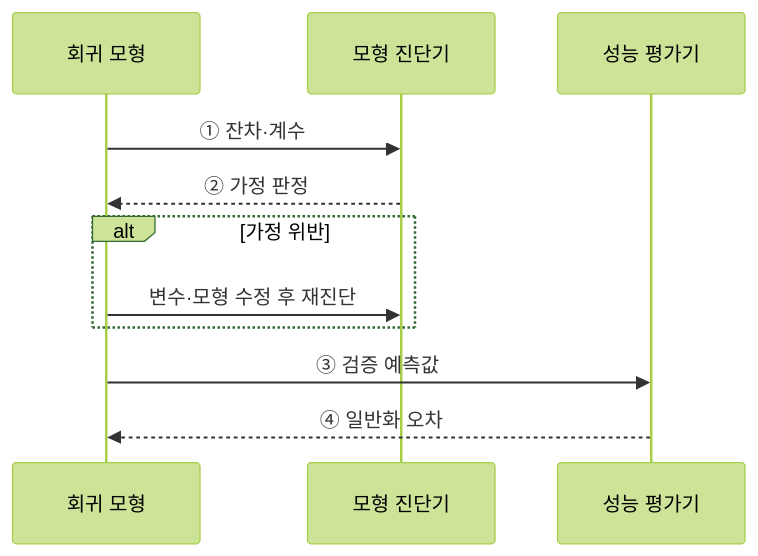
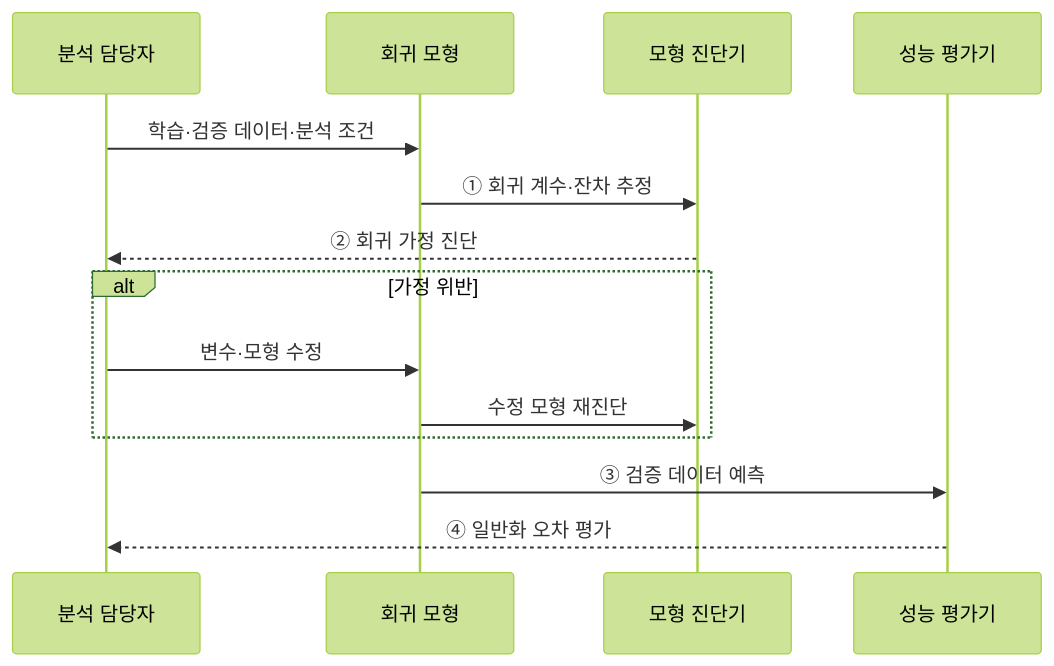
The second of 2 diagrams in src/content/docs/notes/01-basic-theory/034_regression_analysis.md (agnusdei1207/knowledge-base), drawn with Mermaid (forest theme) before and after one commit. The commit also changed other lines of this file and 20 other files, not shown here.

````diff
--- a/src/content/docs/notes/01-basic-theory/034_regression_analysis.md
+++ b/src/content/docs/notes/01-basic-theory/034_regression_analysis.md
@@ -83,13 +88,16 @@
 ```mermaid
 sequenceDiagram
+    participant A as 분석 담당자
     participant M as 회귀 모형
     participant D as 모형 진단기
     participant E as 성능 평가기
-    M->>D: ① 잔차·계수
-    D-->>M: ② 가정 판정
+    A->>M: 학습·검증 데이터·분석 조건
+    M->>D: ① 회귀 계수·잔차 추정
+    D-->>A: ② 회귀 가정 진단
     alt 가정 위반
-        M->>D: 변수·모형 수정 후 재진단
+        A->>M: 변수·모형 수정
+        M->>D: 수정 모형 재진단
     end
-    M->>E: ③ 검증 예측값
-    E-->>M: ④ 일반화 오차
+    M->>E: ③ 검증 데이터 예측
+    E-->>A: ④ 일반화 오차 평가
 ```
````
